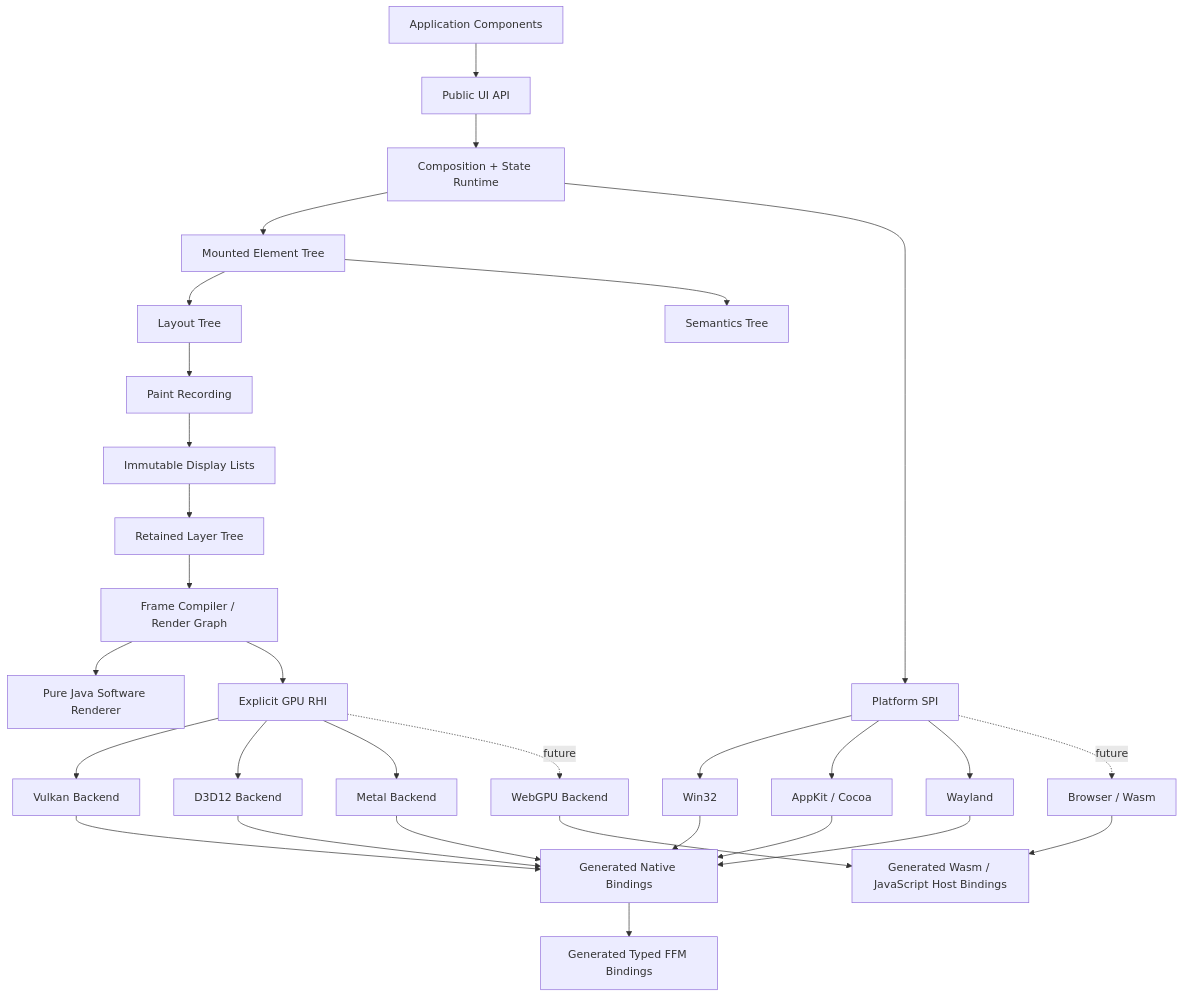
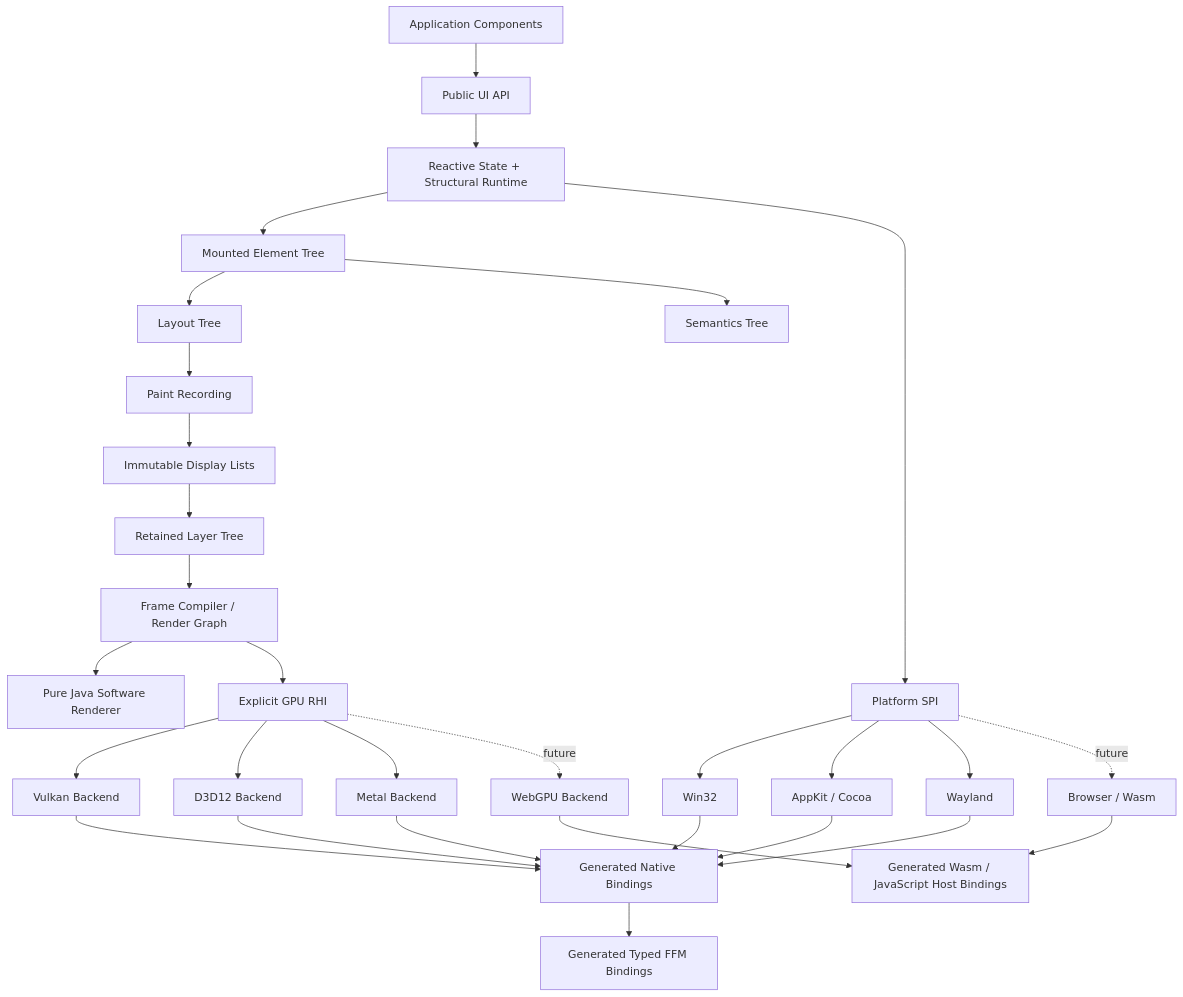
Before and after one commit to Glavo/HimariUI: the diagram in PLANS.md, drawn with Mermaid. The commit also changed other lines of this file, not shown here.

Commit message:
Revise reactive runtime design around evidence-gated structural models

````diff
--- a/PLANS.md
+++ b/PLANS.md
@@ -264,32 +272,32 @@
 ```mermaid
 flowchart TD
     App[Application Components] --> API[Public UI API]
-    API --> Runtime[Composition + State Runtime]
+    API --> Runtime[Reactive State + Structural Runtime]
     Runtime --> Element[Mounted Element Tree]
     Element --> Layout[Layout Tree]
     Element --> Semantics[Semantics Tree]
     Layout --> Paint[Paint Recording]
     Paint --> DisplayList[Immutable Display Lists]
     DisplayList --> Layer[Retained Layer Tree]
     Layer --> FrameCompiler[Frame Compiler / Render Graph]
     FrameCompiler --> Software[Pure Java Software Renderer]
     FrameCompiler --> RHI[Explicit GPU RHI]
     RHI --> Vulkan[Vulkan Backend]
     RHI --> D3D12[D3D12 Backend]
     RHI --> Metal[Metal Backend]
     RHI -. future .-> WebGPU[WebGPU Backend]
     Runtime --> Platform[Platform SPI]
     Platform --> Windows[Win32]
     Platform --> Mac[AppKit / Cocoa]
     Platform --> Wayland[Wayland]
     Platform -. future .-> Browser[Browser / Wasm]
     Windows --> NativeAccess[Generated Native Bindings]
     Mac --> NativeAccess
     Wayland --> NativeAccess
     Vulkan --> NativeAccess
     D3D12 --> NativeAccess
     Metal --> NativeAccess
     NativeAccess --> FFM[Generated Typed FFM Bindings]
     Browser --> WebHost[Generated Wasm / JavaScript Host Bindings]
     WebGPU --> WebHost
 ```
````
